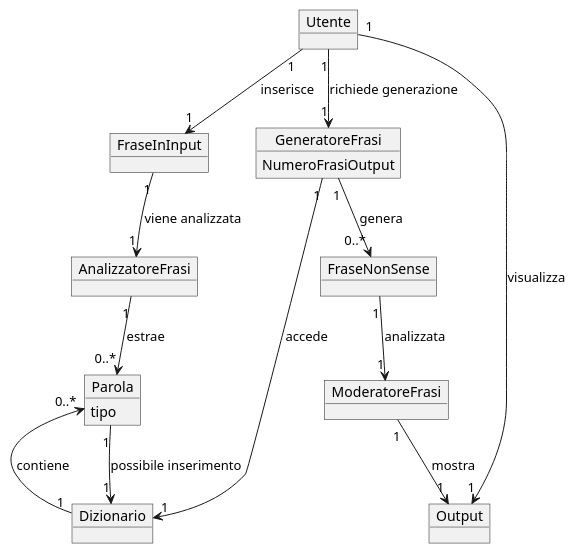
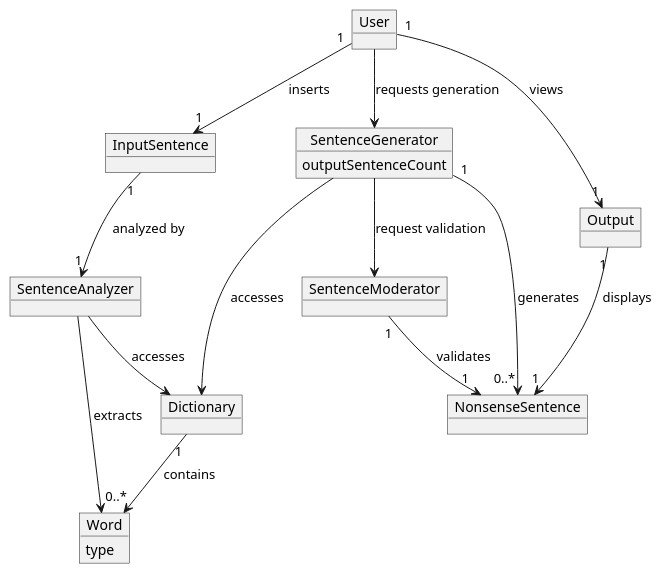
The diagram in docs/resources/Domain_Model.md (TognonGiac/nonsensegenerator), drawn with PlantUML before and after one commit.

````diff
--- a/docs/resources/Domain_Model.md
+++ b/docs/resources/Domain_Model.md
@@ -5,29 +5,30 @@
 ```plantuml
 @startuml
-object Utente
-object FraseInInput
-object FraseNonSense
-object Dizionario
-object Parola {
-tipo
+object User 
+object InputSentence
+object SentenceAnalyzer
+object Dictionary
+object Word {
+  type
 }
-object GeneratoreFrasi {
-NumeroFrasiOutput
+object SentenceGenerator {
+  outputSentenceCount
 }
-object AnalizzatoreFrasi
-object ModeratoreFrasi
+object NonsenseSentence
+object SentenceModerator
 object Output
 
-Utente "1"--> "1" FraseInInput : inserisce
-Utente "1" --> "1" GeneratoreFrasi : richiede generazione
-FraseInInput "1"--> "1" AnalizzatoreFrasi : viene analizzata
-Dizionario "1" --> "0..*" Parola : contiene
-GeneratoreFrasi  "1"--> "1" Dizionario : accede
-GeneratoreFrasi "1"--> "0..*" FraseNonSense : genera
-AnalizzatoreFrasi "1" --> "0..*" Parola : estrae
-Parola "1"--> "1" Dizionario : possibile inserimento
-FraseNonSense "1"--> "1" ModeratoreFrasi : analizzata
-ModeratoreFrasi "1"--> "1" Output : mostra
-Utente "1" --> "1" Output : visualizza
-@enduml 
+User "1" --> "1" InputSentence : inserts
+User --> SentenceGenerator : requests generation
+InputSentence "1" --> "1" SentenceAnalyzer : analyzed by
+SentenceAnalyzer --> Word : extracts
+SentenceAnalyzer --> Dictionary : accesses
+Dictionary "1" --> "0..*" Word : contains
+SentenceGenerator --> Dictionary : accesses
+SentenceGenerator "1" --> "0..*" NonsenseSentence : generates
+SentenceGenerator --> SentenceModerator : request validation
+SentenceModerator "1" --> "1" NonsenseSentence : validates
+Output "1" --> "1" NonsenseSentence : displays
+User "1" --> "1" Output : views
+@enduml
 ```
````
